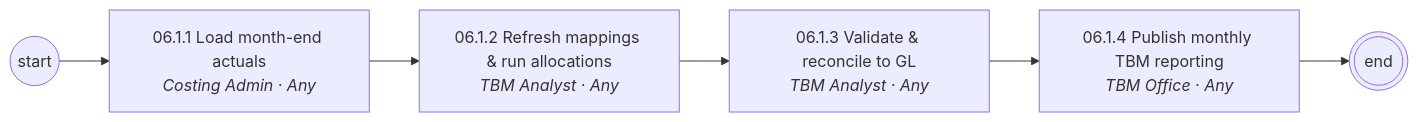
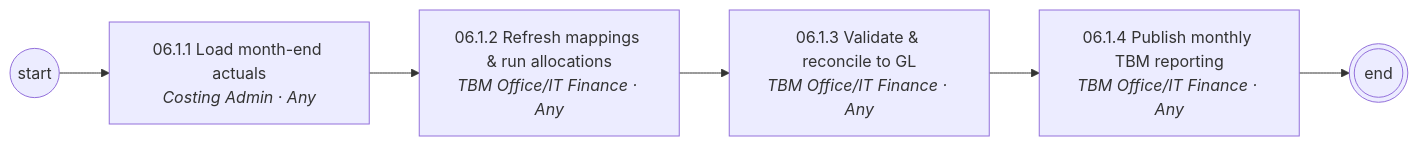
One commit to corbyjames/apptio-process-catalog changed the second of 7 diagrams in diagrams/mermaid/area-06.md. Above: the diagram before and after it, drawn with Mermaid. The commit also changed other lines of this file and 251 other files, not shown here.

````diff
--- a/diagrams/mermaid/area-06.md
+++ b/diagrams/mermaid/area-06.md
@@ -29,13 +27,13 @@
 ```mermaid
 flowchart LR
   S((start))
   N06_1_1["06.1.1 Load month-end actuals<br/><i>Costing Admin · Any</i>"]
   S --> N06_1_1
-  N06_1_2["06.1.2 Refresh mappings & run allocations<br/><i>TBM Analyst · Any</i>"]
+  N06_1_2["06.1.2 Refresh mappings & run allocations<br/><i>TBM Office/IT Finance · Any</i>"]
   N06_1_1 --> N06_1_2
-  N06_1_3["06.1.3 Validate & reconcile to GL<br/><i>TBM Analyst · Any</i>"]
+  N06_1_3["06.1.3 Validate & reconcile to GL<br/><i>TBM Office/IT Finance · Any</i>"]
   N06_1_2 --> N06_1_3
-  N06_1_4["06.1.4 Publish monthly TBM reporting<br/><i>TBM Office · Any</i>"]
+  N06_1_4["06.1.4 Publish monthly TBM reporting<br/><i>TBM Office/IT Finance · Any</i>"]
   N06_1_3 --> N06_1_4
   N06_1_4 --> E(((end)))
 ```
````
